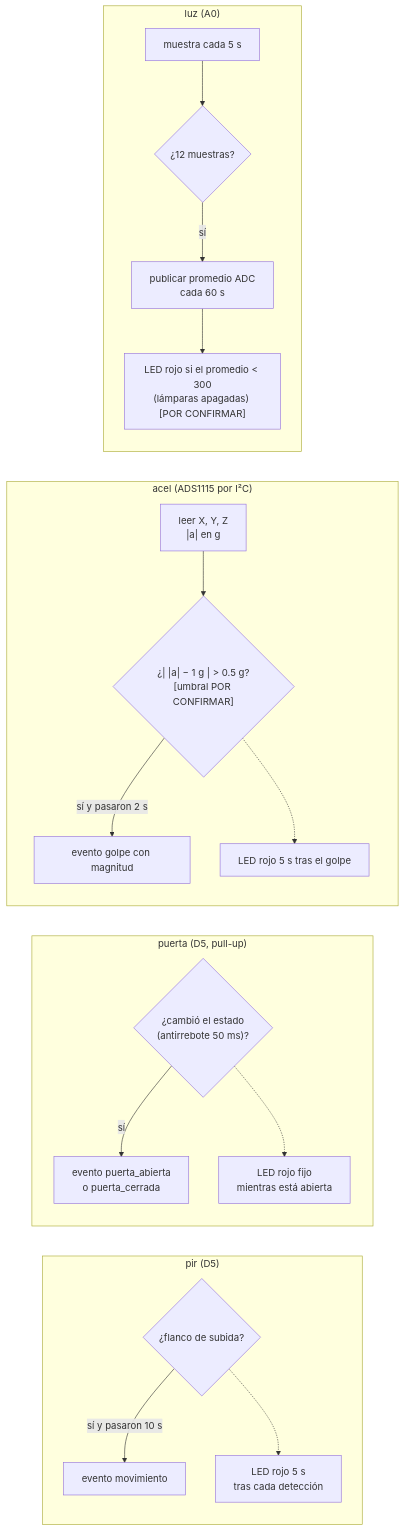
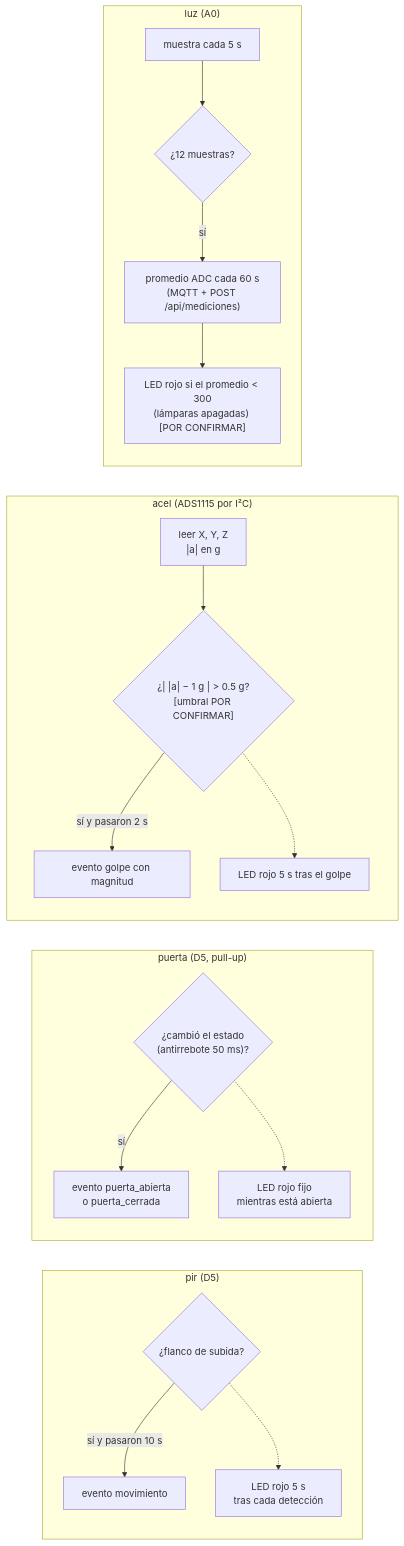
One commit to cyuxSz/Argos-equipo changed the third of 3 diagrams in diagramas/firmware_flujo.md. Above: the diagram before and after it, drawn with Mermaid. The commit also changed other lines of this file and 14 other files, not shown here.

First line of the commit message:
Diagramas vigentes y calendario desde el 10 de noviembre

````diff
--- a/diagramas/firmware_flujo.md
+++ b/diagramas/firmware_flujo.md
@@ -63,25 +65,25 @@
 ```mermaid
 flowchart LR
   subgraph PIR["pir (D5)"]
     direction TB
     P1{"¿flanco de subida?"} -- "sí y pasaron 10 s" --> P2["evento movimiento"]
     P1 -.-> P3["LED rojo 5 s<br/>tras cada detección"]
   end
   subgraph PUERTA["puerta (D5, pull-up)"]
     direction TB
     Q1{"¿cambió el estado<br/>(antirrebote 50 ms)?"} -- sí --> Q2["evento puerta_abierta<br/>o puerta_cerrada"]
     Q1 -.-> Q3["LED rojo fijo<br/>mientras está abierta"]
   end
   subgraph ACEL["acel (ADS1115 por I²C)"]
     direction TB
     A1["leer X, Y, Z<br/>|a| en g"] --> A2{"¿| |a| − 1 g | > 0.5 g?<br/>[umbral POR CONFIRMAR]"}
     A2 -- "sí y pasaron 2 s" --> A3["evento golpe con magnitud"]
     A2 -.-> A4["LED rojo 5 s tras el golpe"]
   end
   subgraph LUZ["luz (A0)"]
     direction TB
     L1["muestra cada 5 s"] --> L2{"¿12 muestras?"}
-    L2 -- sí --> L3["publicar promedio ADC<br/>cada 60 s"]
+    L2 -- sí --> L3["promedio ADC cada 60 s<br/>(MQTT + POST /api/mediciones)"]
     L3 --> L4["LED rojo si el promedio < 300<br/>(lámparas apagadas) [POR CONFIRMAR]"]
   end
 ```
````
